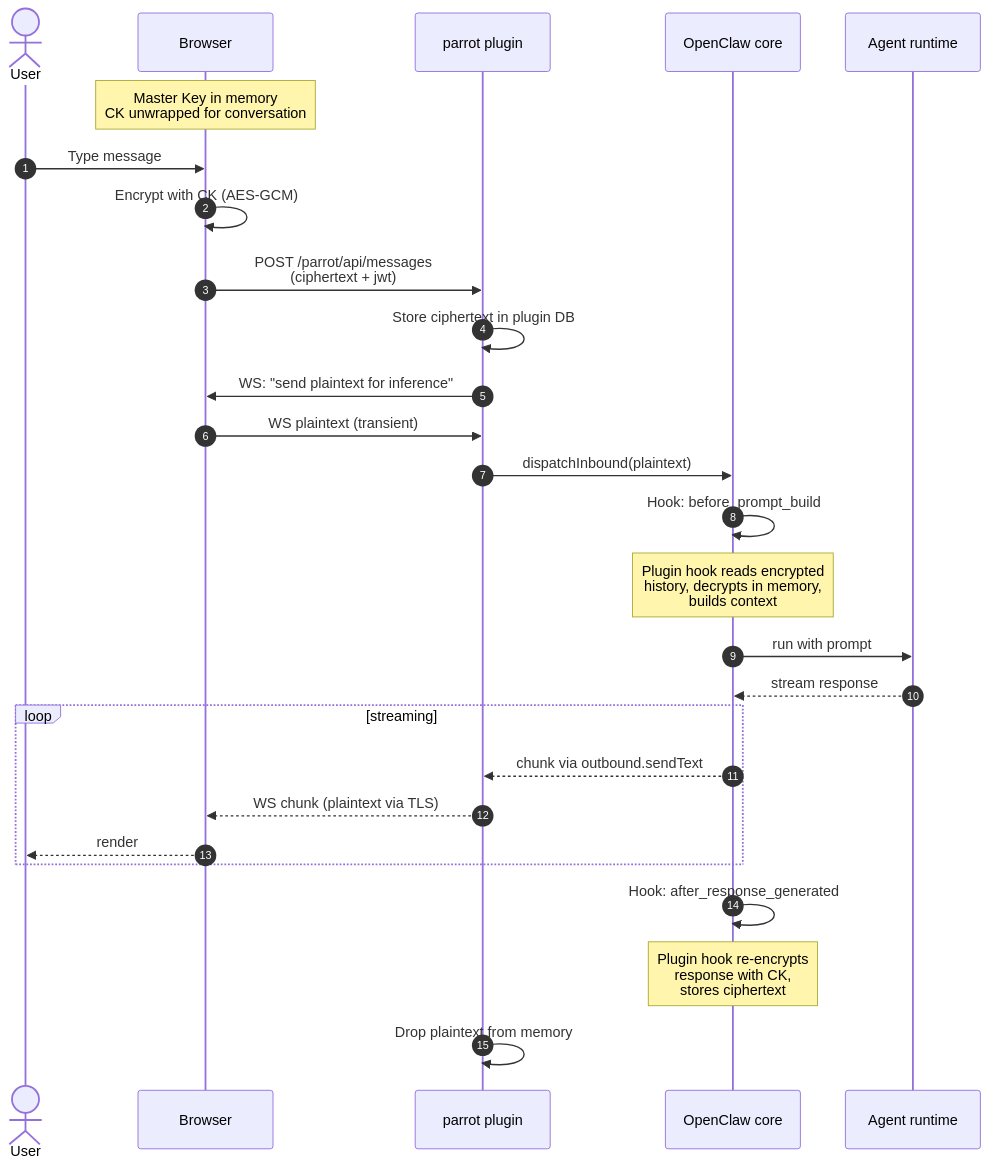
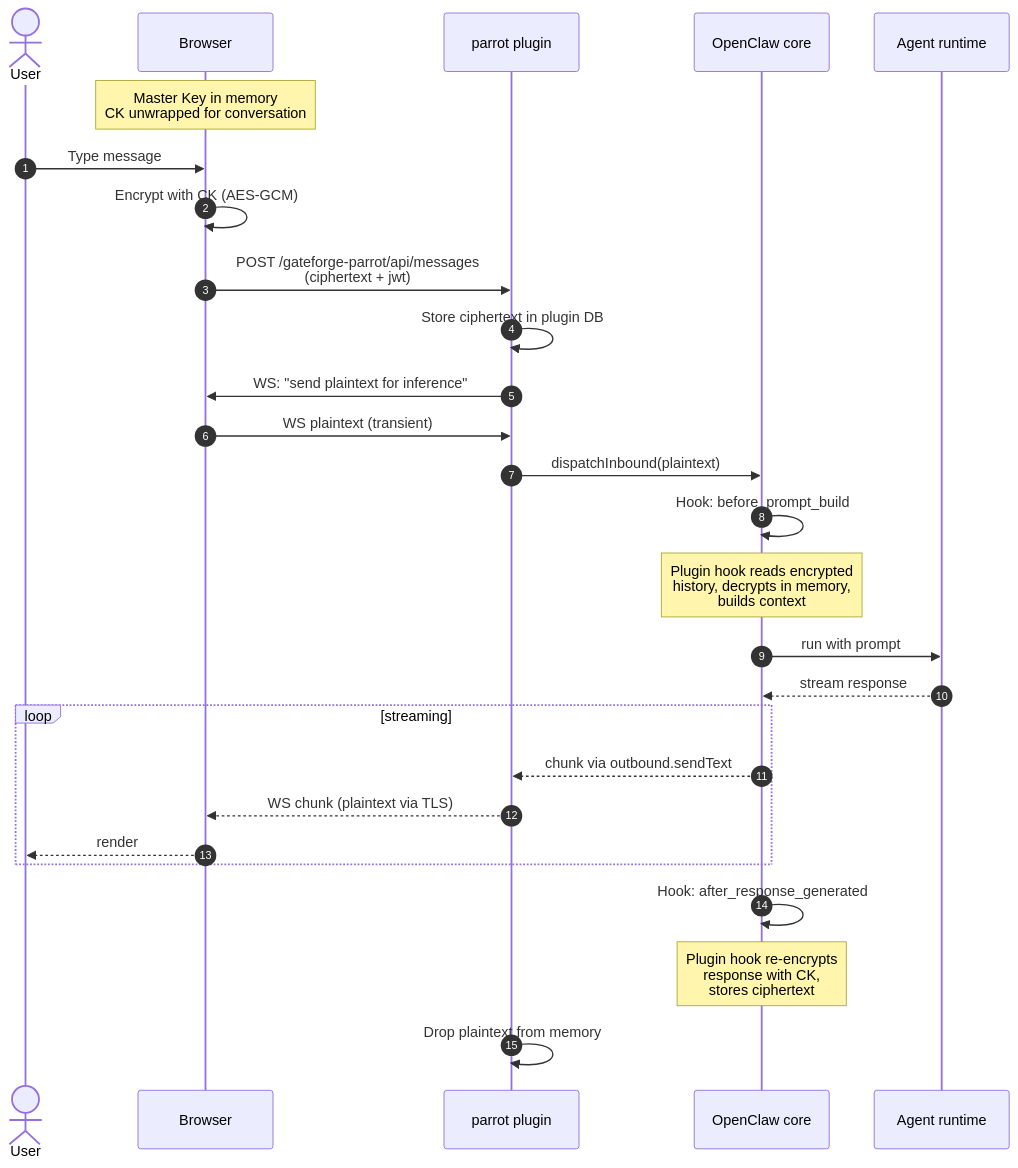
The second of 3 diagrams in PLUGIN_DESIGN.md (tonylnng/gateforge-parrot-openclaw), drawn with Mermaid before and after one commit. The commit also changed other lines of this file and 22 other files, not shown here.

````diff
--- a/PLUGIN_DESIGN.md
+++ b/PLUGIN_DESIGN.md
@@ -75,34 +75,34 @@
 ```mermaid
 sequenceDiagram
     autonumber
     actor User
     participant FE as Browser
     participant Plugin as parrot plugin
     participant Core as OpenClaw core
     participant Agent as Agent runtime
 
     Note over FE: Master Key in memory<br/>CK unwrapped for conversation
 
     User->>FE: Type message
     FE->>FE: Encrypt with CK (AES-GCM)
-    FE->>Plugin: POST /parrot/api/messages<br/>(ciphertext + jwt)
+    FE->>Plugin: POST /gateforge-parrot/api/messages<br/>(ciphertext + jwt)
     Plugin->>Plugin: Store ciphertext in plugin DB
     Plugin->>FE: WS: "send plaintext for inference"
     FE->>Plugin: WS plaintext (transient)
 
     Plugin->>Core: dispatchInbound(plaintext)
     Core->>Core: Hook: before_prompt_build
     Note over Core: Plugin hook reads encrypted<br/>history, decrypts in memory,<br/>builds context
     Core->>Agent: run with prompt
     Agent-->>Core: stream response
 
     loop streaming
         Core-->>Plugin: chunk via outbound.sendText
         Plugin-->>FE: WS chunk (plaintext via TLS)
         FE-->>User: render
     end
 
     Core->>Core: Hook: after_response_generated
     Note over Core: Plugin hook re-encrypts<br/>response with CK,<br/>stores ciphertext
     Plugin->>Plugin: Drop plaintext from memory
 ```
````
